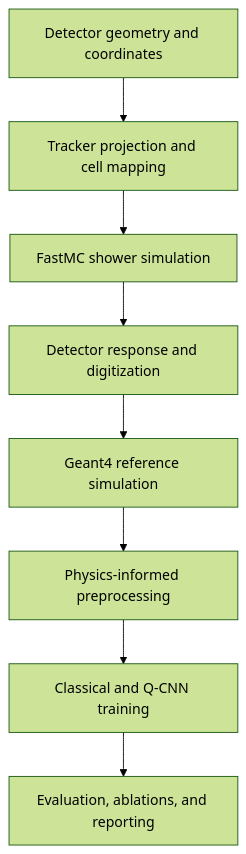
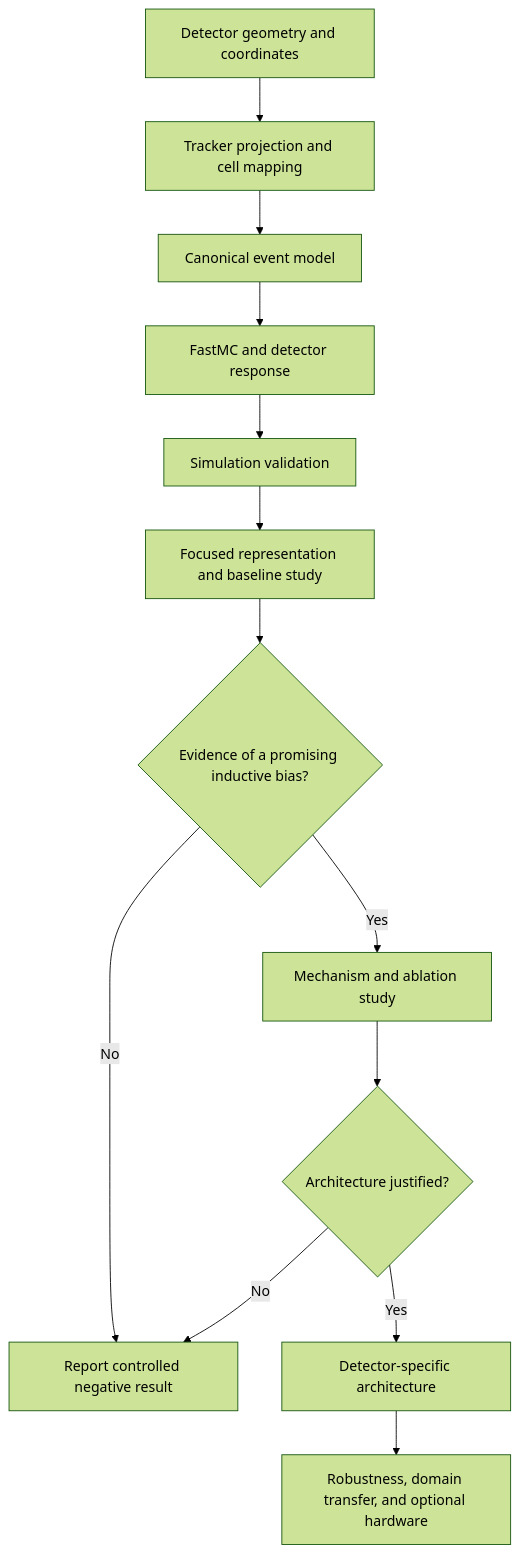
The diagram in README.md (Chagatai404/ams-ecal-qml), drawn with Mermaid (forest theme) before and after one commit. The commit also changed other lines of this file, not shown here.

Commit message:
Updated project roadmap and research direction.

````diff
--- a/README.md
+++ b/README.md
@@ -60,10 +78,15 @@
 ```mermaid
 flowchart TD
     A["Detector geometry and coordinates"] --> B["Tracker projection and cell mapping"]
-    B --> C["FastMC shower simulation"]
-    C --> D["Detector response and digitization"]
-    D --> E["Geant4 reference simulation"]
-    E --> F["Physics-informed preprocessing"]
-    F --> G["Classical and Q-CNN training"]
-    G --> H["Evaluation, ablations, and reporting"]
+    B --> C["Canonical event model"]
+    C --> D["FastMC and detector response"]
+    D --> E["Simulation validation"]
+    E --> F["Focused representation and baseline study"]
+    F --> G{"Evidence of a promising inductive bias?"}
+    G -- "No" --> H["Report controlled negative result"]
+    G -- "Yes" --> I["Mechanism and ablation study"]
+    I --> J{"Architecture justified?"}
+    J -- "No" --> H
+    J -- "Yes" --> K["Detector-specific architecture"]
+    K --> L["Robustness, domain transfer, and optional hardware"]
 ```
````
